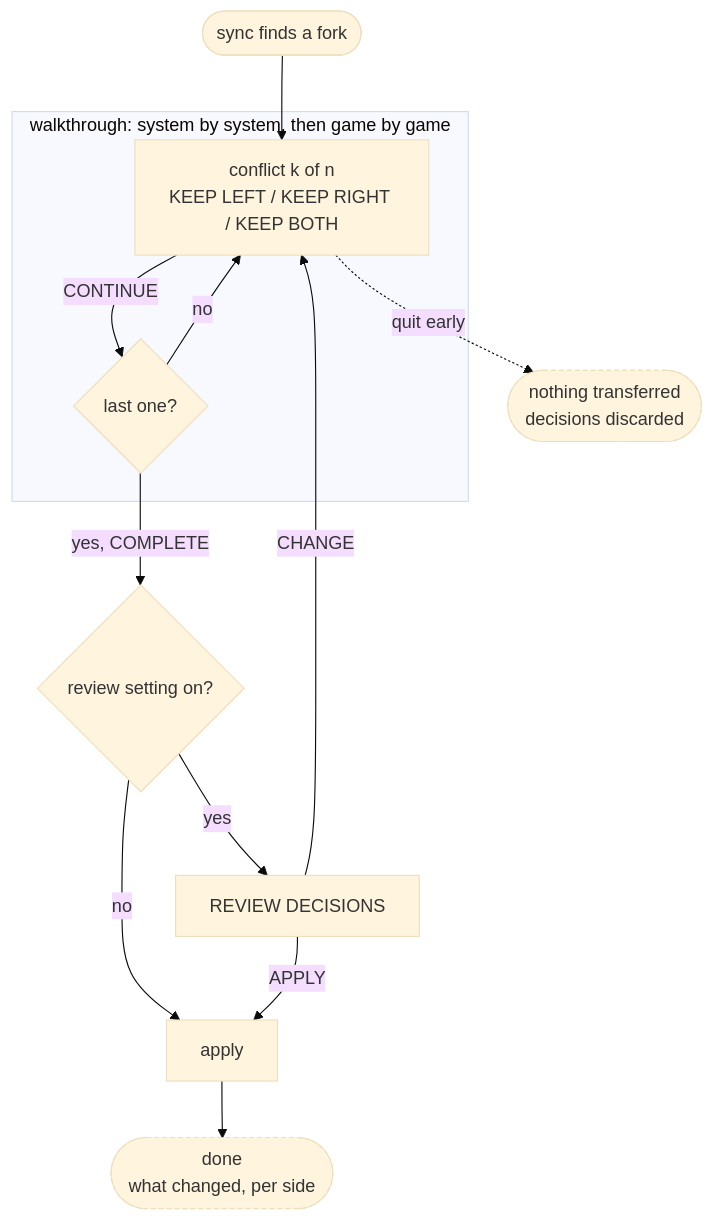
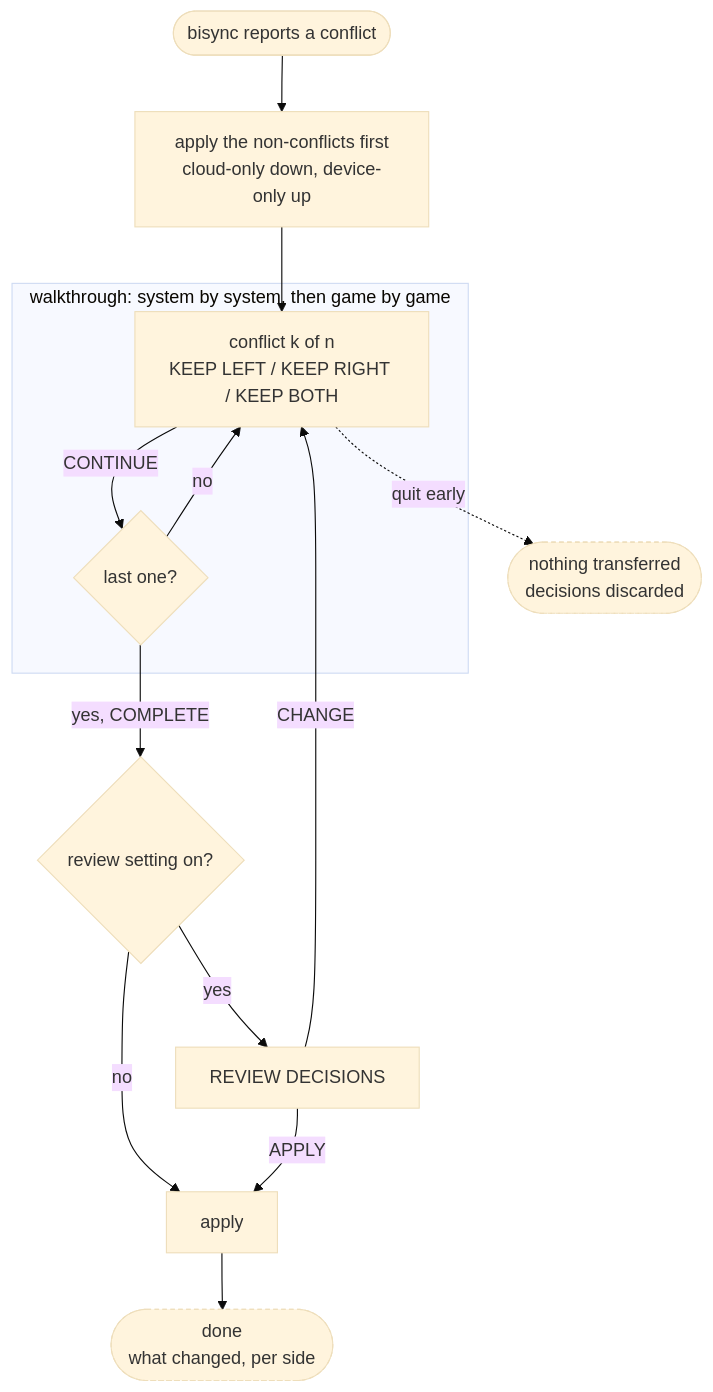
The diagram in docs/conflict-wizard-ia.md (maxengel/rocknix), drawn with Mermaid (base theme) before and after one commit. The commit also changed other lines of this file, not shown here.

First line of the commit message:
docs: conflict wizard rev 4 - lowest free slot, no cap, audit log, trigger

````diff
--- a/docs/conflict-wizard-ia.md
+++ b/docs/conflict-wizard-ia.md
@@ -36,22 +40,23 @@
 ```mermaid
 flowchart TD
-    SYNC([sync finds a fork]) --> ITEM
+    SYNC([bisync reports a conflict]) --> PRE[apply the non-conflicts first<br/>cloud-only down, device-only up]
+    PRE --> ITEM
 
     subgraph walk [walkthrough: system by system, then game by game]
         ITEM[conflict k of n<br/>KEEP LEFT / KEEP RIGHT / KEEP BOTH]
         ITEM -->|CONTINUE| MORE{last one?}
         MORE -->|no| ITEM
     end
 
     MORE -->|yes, COMPLETE| GATE{review setting on?}
     GATE -->|no| APPLY[apply]
     GATE -->|yes| REVIEW[REVIEW DECISIONS]
     REVIEW -->|CHANGE| ITEM
     REVIEW -->|APPLY| APPLY
 
     APPLY --> DONE([done<br/>what changed, per side])
     ITEM -.quit early.-> UNTOUCHED([nothing transferred<br/>decisions discarded])
 
     classDef safe stroke-dasharray: 4 3
     class UNTOUCHED,DONE safe
 ```
````
